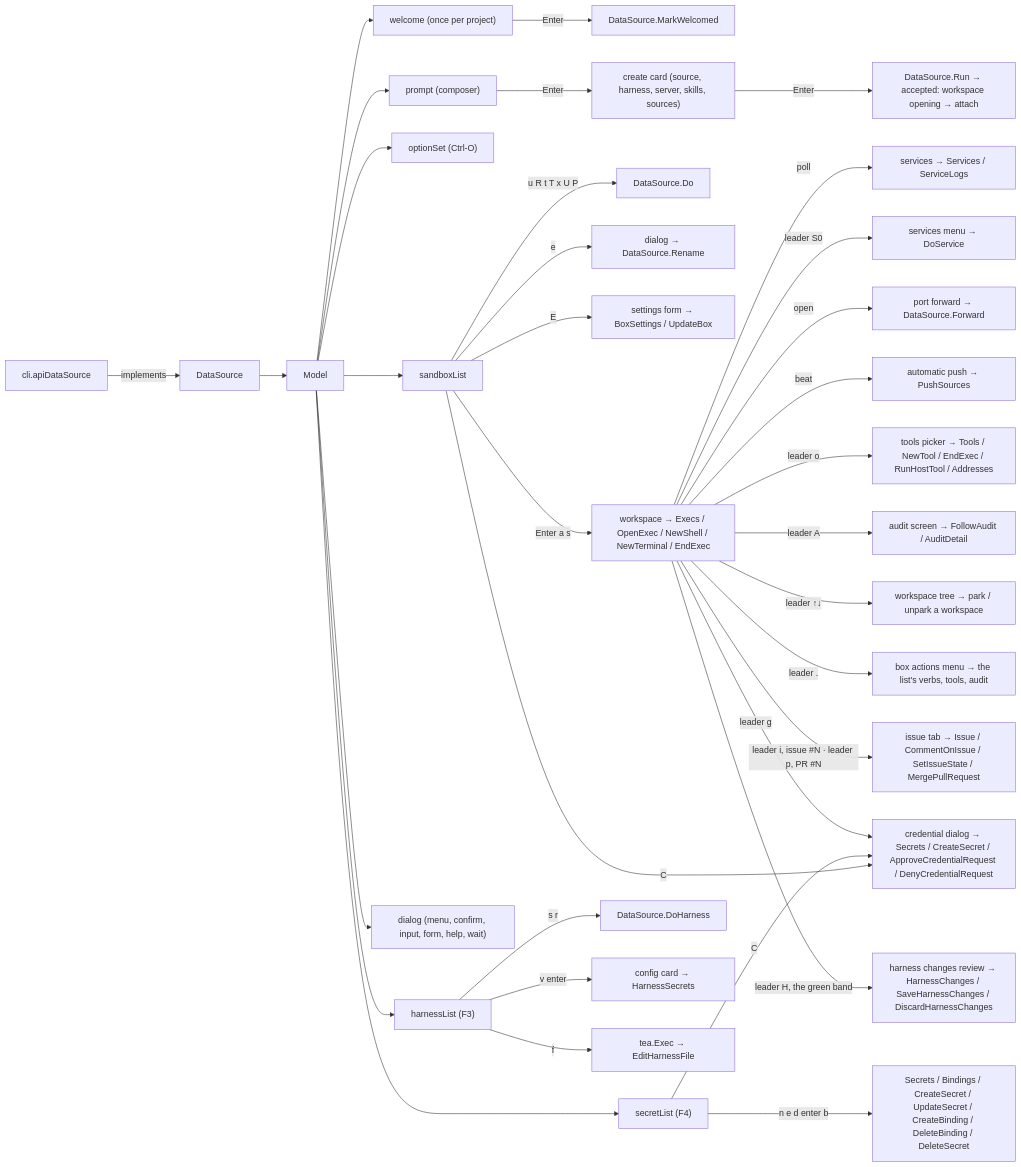
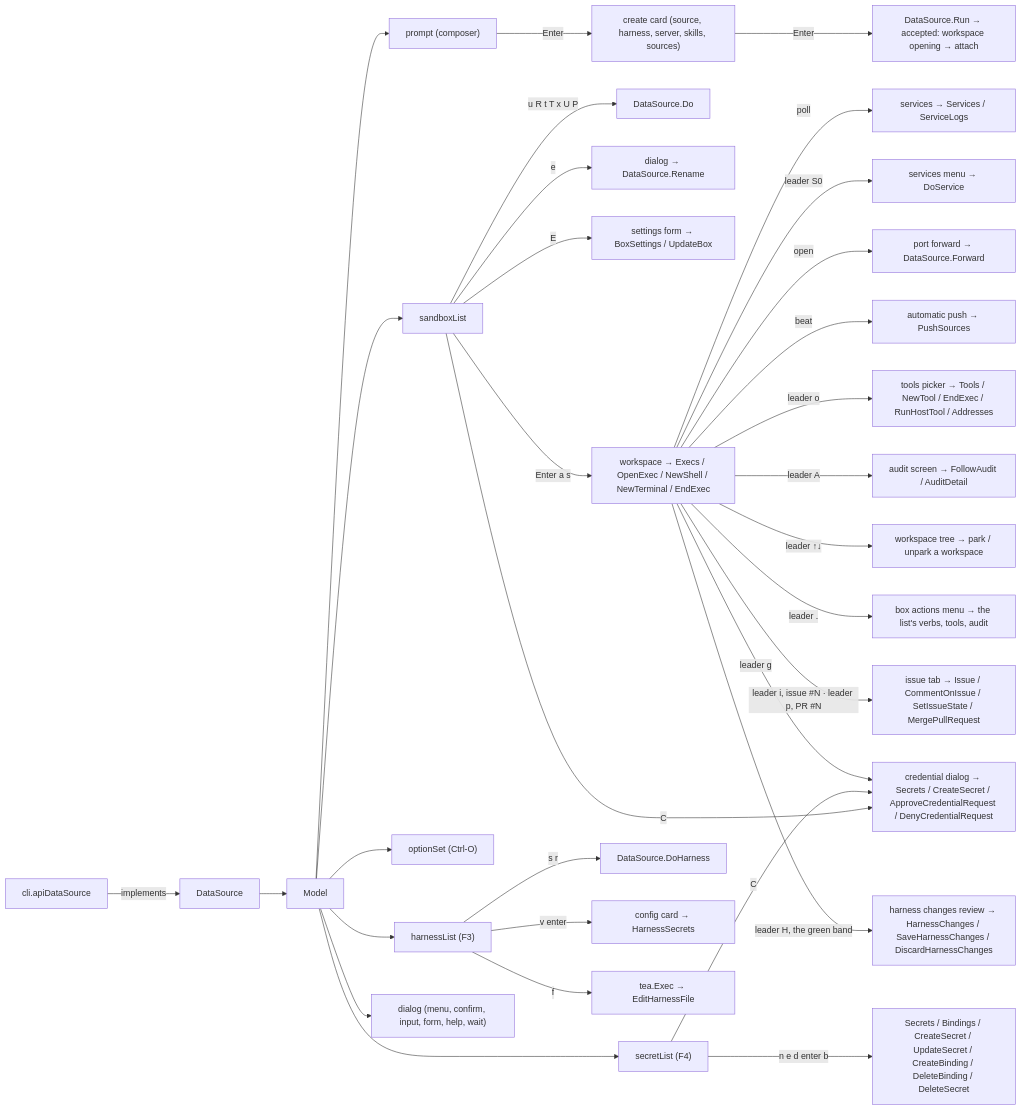
One commit to discobox-ai/discobox changed the first of 2 diagrams in cli/internal/tui/DESIGN.md. Above: the diagram before and after it, drawn with Mermaid. The commit also changed other lines of this file and 38 other files, not shown here.

````diff
--- a/cli/internal/tui/DESIGN.md
+++ b/cli/internal/tui/DESIGN.md
@@ -14,36 +14,34 @@
 ```mermaid
 flowchart LR
     CLI["cli.apiDataSource"] -->|implements| DS["DataSource"]
     DS --> M["Model"]
     M --> P["prompt (composer)"]
     M --> L["sandboxList"]
     M --> O["optionSet (Ctrl-O)"]
     M --> A["harnessList (F3)"]
     M --> D["dialog (menu, confirm, input, form, help, wait)"]
-    M --> W["welcome (once per project)"]
-    W -->|Enter| MW["DataSource.MarkWelcomed"]
     P -->|Enter| Card["create card (source, harness, server, skills, sources)"]
     Card -->|Enter| Run["DataSource.Run → accepted: workspace opening → attach"]
     L -->|u R t T x U P| Verb["DataSource.Do"]
     L -->|e| Rename["dialog → DataSource.Rename"]
     L -->|E| Settings["settings form → BoxSettings / UpdateBox"]
     L -->|Enter a s| WS["workspace → Execs / OpenExec / NewShell / NewTerminal / EndExec"]
     WS -->|poll| Svc["services → Services / ServiceLogs"]
     WS -->|leader S0| SvcMenu["services menu → DoService"]
     WS -->|open| Fwd["port forward → DataSource.Forward"]
     WS -->|beat| Push["automatic push → PushSources"]
     L -->|C| Cred["credential dialog → Secrets / CreateSecret / ApproveCredentialRequest / DenyCredentialRequest"]
     M --> S["secretList (F4)"]
     S -->|n e d enter b| SVerb["Secrets / Bindings / CreateSecret / UpdateSecret / CreateBinding / DeleteBinding / DeleteSecret"]
     S -->|C| Cred
     WS -->|leader g| Cred
     WS -->|leader o| T["tools picker → Tools / NewTool / EndExec / RunHostTool / Addresses"]
     WS -->|leader A| Aud["audit screen → FollowAudit / AuditDetail"]
     WS -->|leader ↑↓| Tree["workspace tree → park / unpark a workspace"]
     WS -->|leader .| Menu["box actions menu → the list's verbs, tools, audit"]
     WS -->|leader i, issue #N · leader p, PR #N| Iss["issue tab → Issue / CommentOnIssue / SetIssueState / MergePullRequest"]
     A -->|s r| AVerb["DataSource.DoHarness"]
     A -->|v enter| ACard["config card → HarnessSecrets"]
     A -->|f| AExec["tea.Exec → EditHarnessFile"]
     WS -->|leader H, the green band| HC["harness changes review → HarnessChanges / SaveHarnessChanges / DiscardHarnessChanges"]
 ```
````
